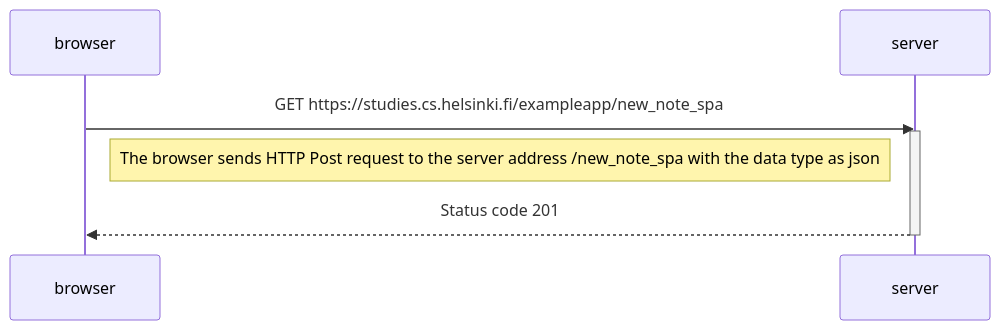
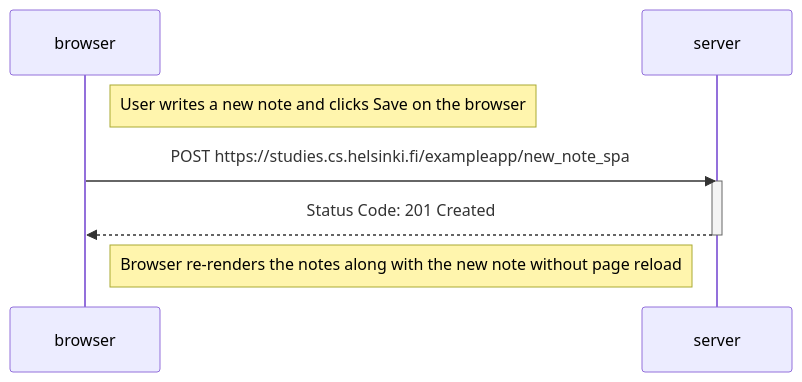
Before and after one commit to rahatbd/fullstackopen: the diagram in part0/exercise0.6.md, drawn with Mermaid. The commit also changed 3 other files, not shown here.

````diff
--- a/part0/exercise0.6.md
+++ b/part0/exercise0.6.md
@@ -1,11 +1,14 @@
 ```mermaid
 sequenceDiagram
     participant browser
     participant server
 
-    browser->>server: GET https://studies.cs.helsinki.fi/exampleapp/new_note_spa
+    Note right of browser: User writes a new note and clicks Save on the browser
+
+    browser->>server: POST https://studies.cs.helsinki.fi/exampleapp/new_note_spa
     activate server
-    Note right of browser: The browser sends HTTP Post request to the server address /new_note_spa with the data type as json
-    server-->>browser: Status code 201
+    server-->>browser: Status Code: 201 Created
     deactivate server
+
+    Note right of browser: Browser re-renders the notes along with the new note without page reload
 ```
````
